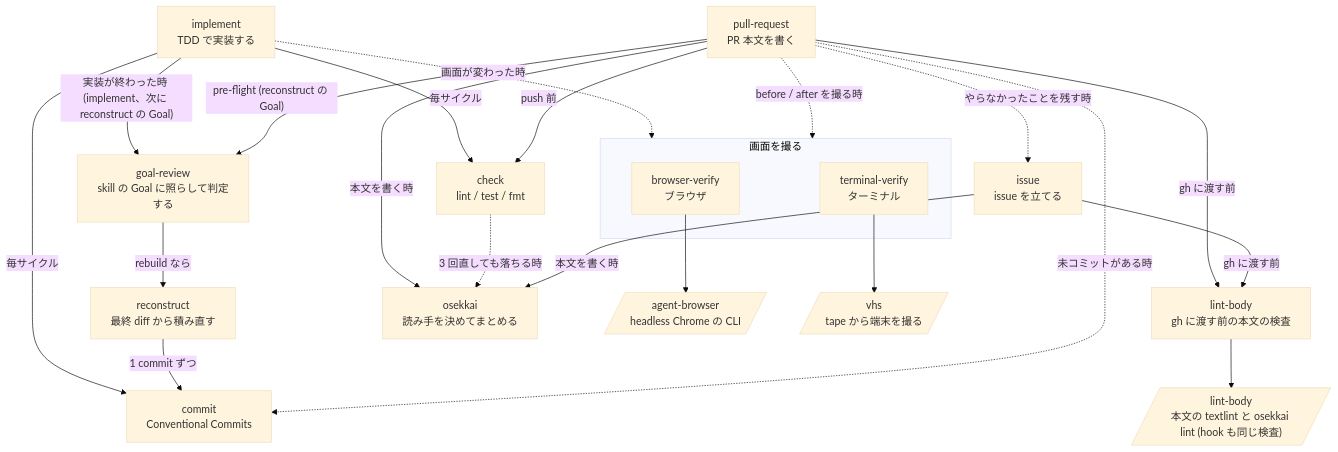
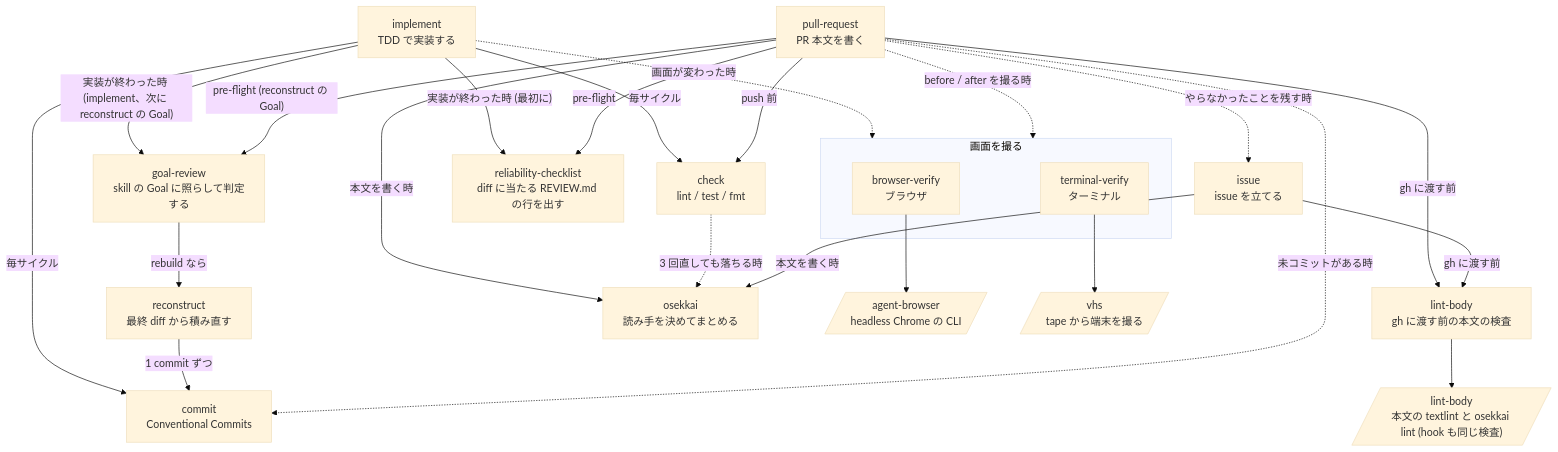
One commit to Xantibody/dotfiles changed the first of 4 diagrams in configs/agents/README.md. Above: the diagram before and after it, drawn with Mermaid (base theme). The commit also changed other lines of this file and 9 other files, not shown here.

````diff
--- a/configs/agents/README.md
+++ b/configs/agents/README.md
@@ -15,39 +15,42 @@
 ```mermaid
 flowchart TD
   implement["implement<br/>TDD で実装する"]
   check["check<br/>lint / test / fmt"]
   commit["commit<br/>Conventional Commits"]
   gr["goal-review<br/>skill の Goal に照らして判定する"]
+  rc["reliability-checklist<br/>diff に当たる REVIEW.md の行を出す"]
   reconstruct["reconstruct<br/>最終 diff から積み直す"]
   pr["pull-request<br/>PR 本文を書く"]
   issue["issue<br/>issue を立てる"]
   lbskill["lint-body<br/>gh に渡す前の本文の検査"]
   osekkai["osekkai<br/>読み手を決めてまとめる"]
   subgraph shot ["画面を撮る"]
     bv["browser-verify<br/>ブラウザ"]
     tv["terminal-verify<br/>ターミナル"]
   end
   ab[/"agent-browser<br/>headless Chrome の CLI"/]
   vhs[/"vhs<br/>tape から端末を撮る"/]
   lint[/"lint-body<br/>本文の textlint と osekkai lint (hook も同じ検査)"/]
 
   implement -->|"毎サイクル"| check
   implement -->|"毎サイクル"| commit
+  implement -->|"実装が終わった時 (最初に)"| rc
   implement -->|"実装が終わった時 (implement、次に reconstruct の Goal)"| gr
   implement -.->|"画面が変わった時"| shot
   gr -->|"rebuild なら"| reconstruct
   reconstruct -->|"1 commit ずつ"| commit
   pr -->|"pre-flight (reconstruct の Goal)"| gr
+  pr -->|"pre-flight"| rc
   pr -->|"push 前"| check
   pr -->|"本文を書く時"| osekkai
   pr -->|"gh に渡す前"| lbskill
   pr -.->|"未コミットがある時"| commit
   pr -.->|"before / after を撮る時"| shot
   pr -.->|"やらなかったことを残す時"| issue
   check -.->|"3 回直しても落ちる時"| osekkai
   issue -->|"本文を書く時"| osekkai
   issue -->|"gh に渡す前"| lbskill
   lbskill --> lint
   bv --> ab
   tv --> vhs
 ```
````
